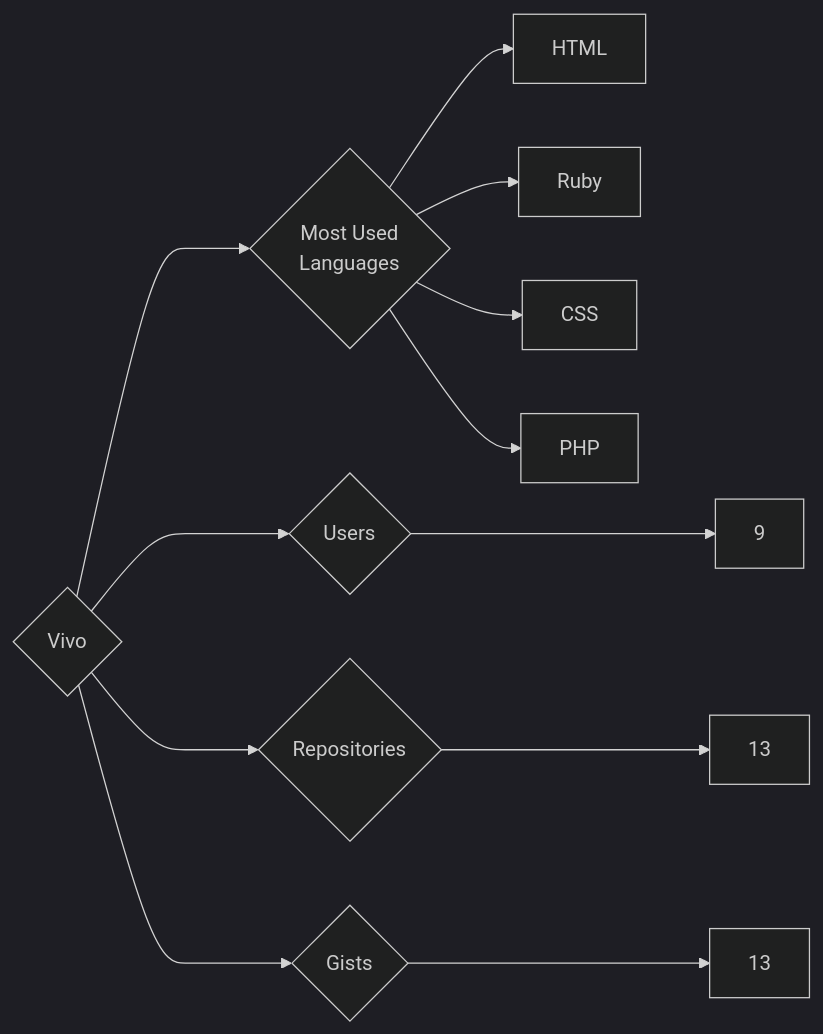
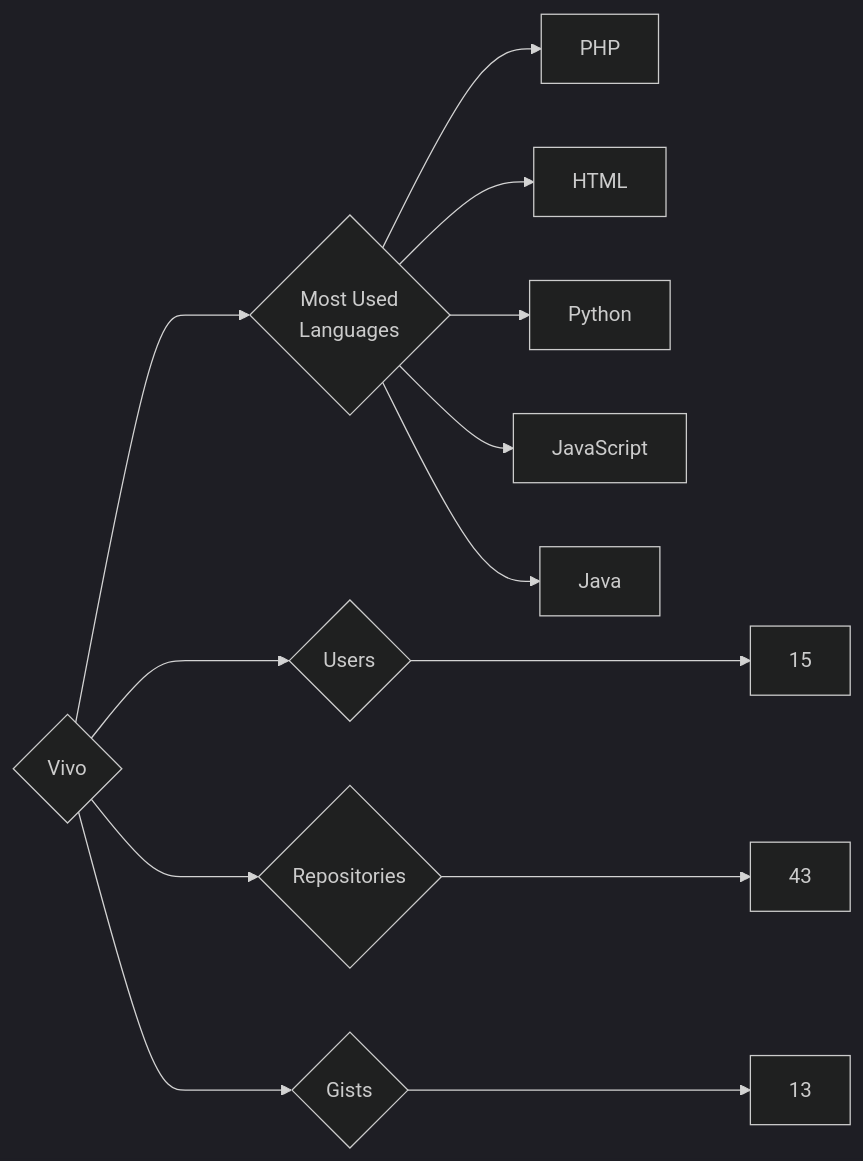
One commit to trickest/insiders changed the diagram in targets/Vivo/README.md. Above: the diagram before and after it, drawn with Mermaid (dark theme). The commit also changed 939 other files, not shown here.

````diff
--- a/targets/Vivo/README.md
+++ b/targets/Vivo/README.md
@@ -3,12 +3,13 @@
 ```mermaid
 graph LR
 COMPANY_NAME{Vivo}
-COMPANY_NAME ---> U{Users} ---> UN[9]
-COMPANY_NAME ---> R{Repositories} ---> RN[13]
+COMPANY_NAME ---> U{Users} ---> UN[15]
+COMPANY_NAME ---> R{Repositories} ---> RN[43]
 COMPANY_NAME ---> G{Gists} ---> GN[13]
 COMPANY_NAME ---> ML{Most Used<br>Languages}
+ML --> PHP[PHP]
 ML --> HTML[HTML]
-ML --> Ruby[Ruby]
-ML --> CSS[CSS]
-ML --> PHP[PHP]
+ML --> Python[Python]
+ML --> JavaScript[JavaScript]
+ML --> Java[Java]
 ```
````
